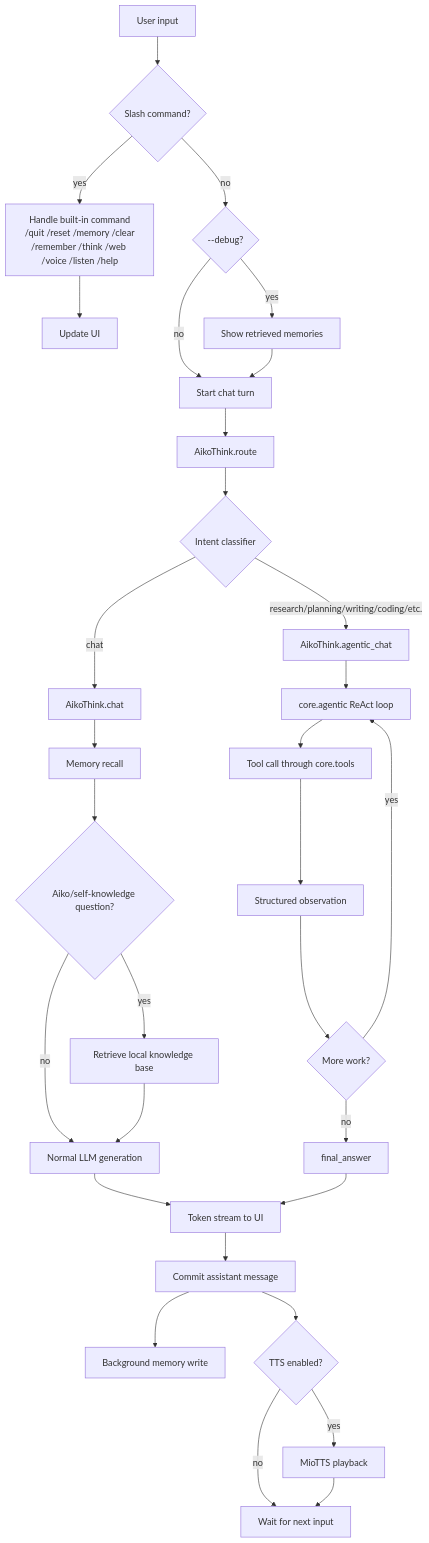
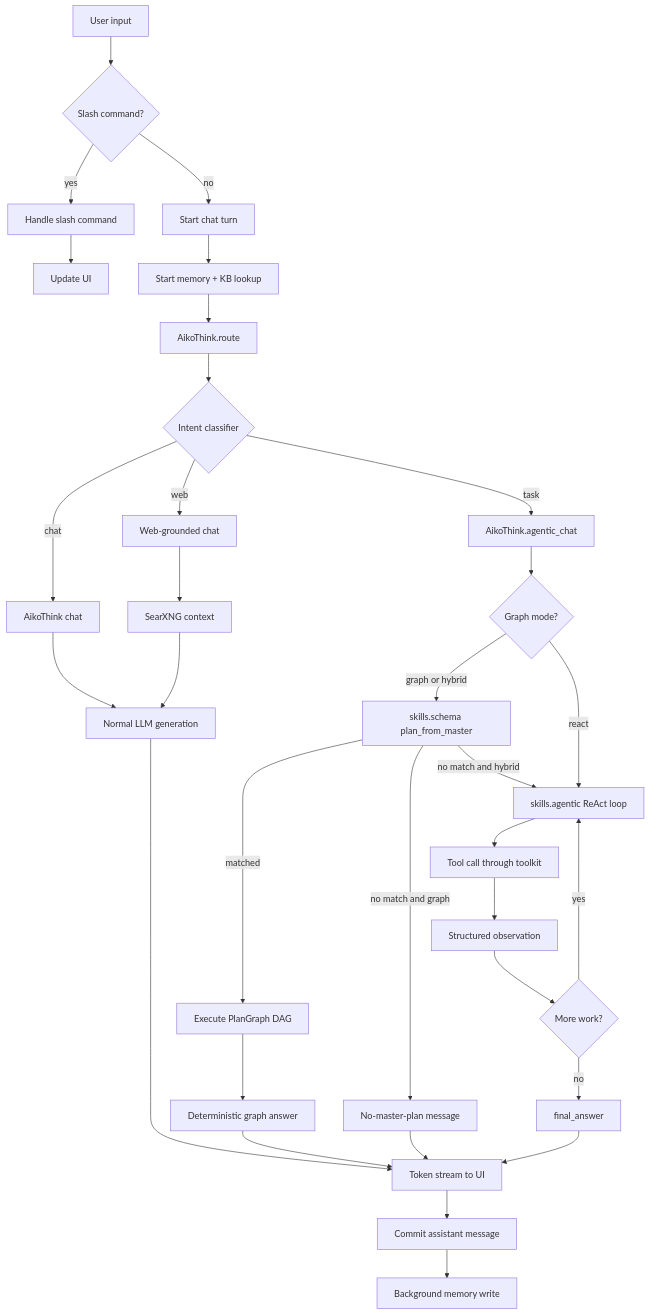
Before and after one commit to OppaAI/Aiko-chan: the fourth of 5 diagrams in docs/ARCHITECTURE.md, drawn with Mermaid. The commit also changed other lines of this file and 13 other files, not shown here.

Commit message:
Update agentic architecture docs and schema module

````diff
--- a/docs/ARCHITECTURE.md
+++ b/docs/ARCHITECTURE.md
@@ -153,38 +163,38 @@
 ```mermaid
 flowchart TD
     Input[User input] --> Slash{Slash command?}
-    Slash -->|yes| Command[Handle built-in command\n/quit /reset /memory /clear\n/remember /think /web /voice /listen /help]
+    Slash -->|yes| Command[Handle slash command]
     Command --> Draw[Update UI]
 
-    Slash -->|no| Debug{--debug?}
-    Debug -->|yes| ShowMem[Show retrieved memories]
-    Debug -->|no| StartTurn[Start chat turn]
-    ShowMem --> StartTurn
+    Slash -->|no| StartTurn[Start chat turn]
+    StartTurn --> PreFetch[Start memory + KB lookup]
+    PreFetch --> Route[AikoThink.route]
+    Route --> Intent{Intent classifier}
+    Intent -->|chat| Chat[AikoThink chat]
+    Intent -->|web| Web[Web-grounded chat]
+    Intent -->|task| Task[AikoThink.agentic_chat]
 
-    StartTurn --> Route[AikoThink.route]
-    Route --> Intent{Intent classifier}
-    Intent -->|chat| Chat[AikoThink.chat]
-    Intent -->|research/planning/writing/coding/etc.| Task[AikoThink.agentic_chat]
+    Chat --> LLM[Normal LLM generation]
+    Web --> Search[SearXNG context]
+    Search --> LLM
 
-    Chat --> Recall[Memory recall]
-    Recall --> LocalKB{Aiko/self-knowledge question?}
-    LocalKB -->|yes| ChatKB[Retrieve local knowledge base]
-    LocalKB -->|no| LLM[Normal LLM generation]
-    ChatKB --> LLM
-    LLM --> Stream[Token stream to UI]
-
-    Task --> AgentLoop[core.agentic ReAct loop]
-    AgentLoop --> ToolCall[Tool call through core.tools]
+    Task --> GraphGate{Graph mode?}
+    GraphGate -->|graph or hybrid| Master[skills.schema plan_from_master]
+    Master -->|matched| DAG[Execute PlanGraph DAG]
+    DAG --> GraphFinal[Deterministic graph answer]
+    Master -->|no match and graph| NoMatch[No-master-plan message]
+    Master -->|no match and hybrid| React[skills.agentic ReAct loop]
+    GraphGate -->|react| React
+    React --> ToolCall[Tool call through toolkit]
     ToolCall --> Observation[Structured observation]
     Observation --> Continue{More work?}
-    Continue -->|yes| AgentLoop
+    Continue -->|yes| React
     Continue -->|no| Final[final_answer]
+
+    LLM --> Stream[Token stream to UI]
+    GraphFinal --> Stream
+    NoMatch --> Stream
     Final --> Stream
-
     Stream --> Commit[Commit assistant message]
     Commit --> AsyncMem[Background memory write]
-    Commit --> MaybeTTS{TTS enabled?}
-    MaybeTTS -->|yes| Voice[MioTTS playback]
-    MaybeTTS -->|no| Done[Wait for next input]
-    Voice --> Done
 ```
````
